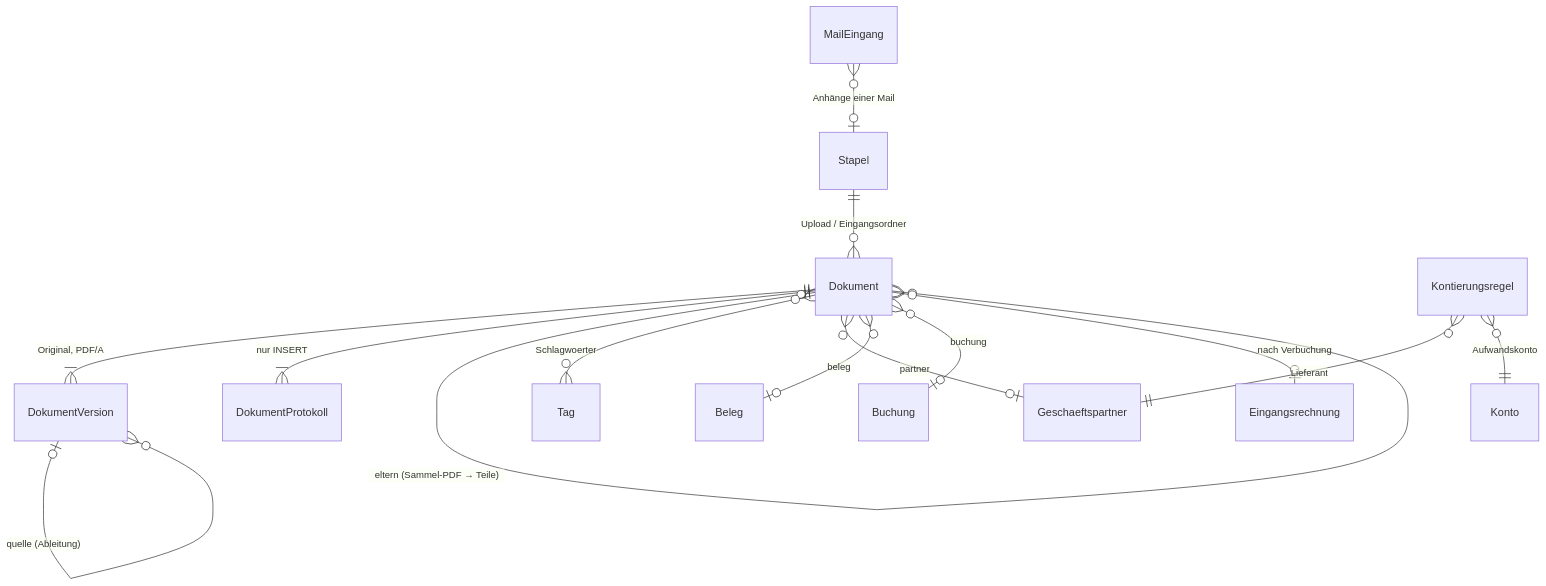
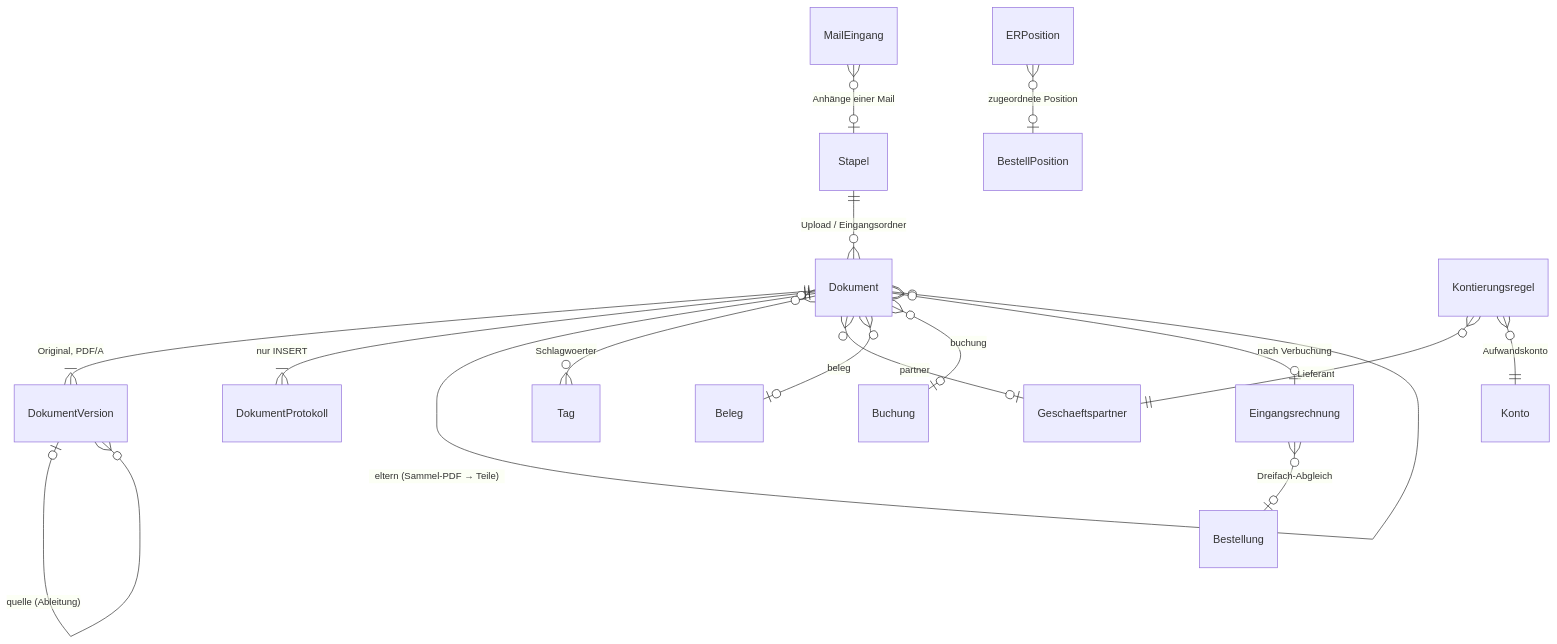
One commit to datacrew/PYRON_ERP changed the eighth of 8 diagrams in docs/DATENMODELL.md. Above: the diagram before and after it, drawn with Mermaid. The commit also changed other lines of this file and 19 other files, not shown here.

Commit message:
DMS (j): Dreifach-Abgleich Bestellung/Wareneingang/Rechnung – Bestellnummer aus Text/BT-13, Vorschläge offener Bestellungen, Toleranzen, Freigabe nur mit Begründung und Recht, Verknüpfung Eingangsrechnung↔Bestellung

````diff
--- a/docs/DATENMODELL.md
+++ b/docs/DATENMODELL.md
@@ -647,16 +647,18 @@
 ```mermaid
 erDiagram
     Stapel ||--o{ Dokument : "Upload / Eingangsordner"
     Dokument ||--|{ DokumentVersion : "Original, PDF/A"
     DokumentVersion |o--o{ DokumentVersion : "quelle (Ableitung)"
     Dokument ||--|{ DokumentProtokoll : "nur INSERT"
     Dokument |o--o{ Dokument : "eltern (Sammel-PDF → Teile)"
     Dokument }o--o{ Tag : Schlagwoerter
     Dokument }o--o| Geschaeftspartner : partner
     Dokument }o--o| Beleg : beleg
     Dokument }o--o| Buchung : buchung
     Dokument }o--o| Eingangsrechnung : "nach Verbuchung"
     Kontierungsregel }o--|| Geschaeftspartner : Lieferant
     Kontierungsregel }o--|| Konto : Aufwandskonto
     MailEingang }o--o| Stapel : "Anhänge einer Mail"
+    Eingangsrechnung }o--o| Bestellung : "Dreifach-Abgleich"
+    ERPosition }o--o| BestellPosition : "zugeordnete Position"
 ```
````
